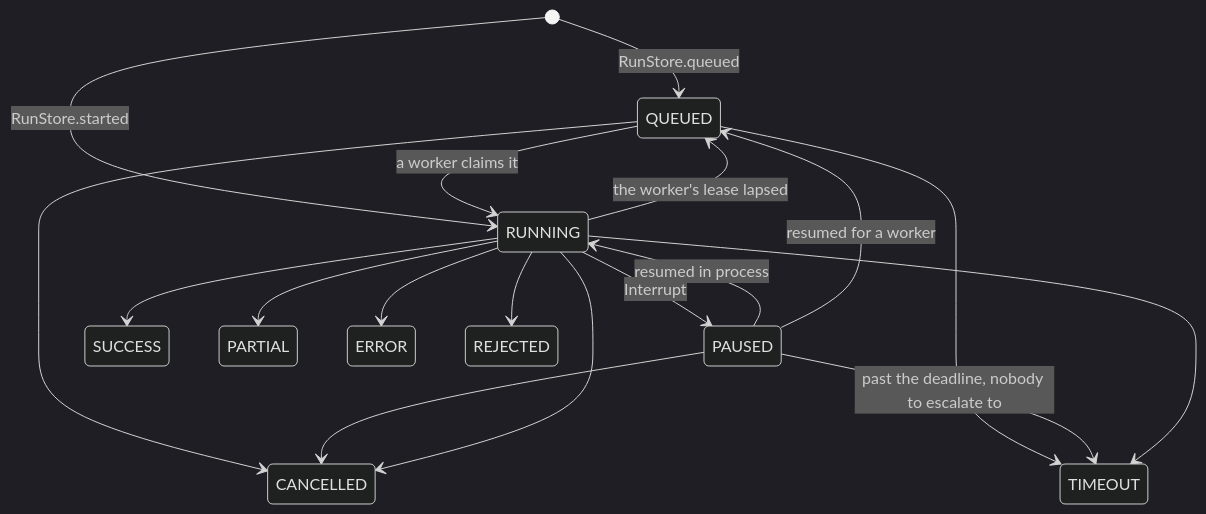
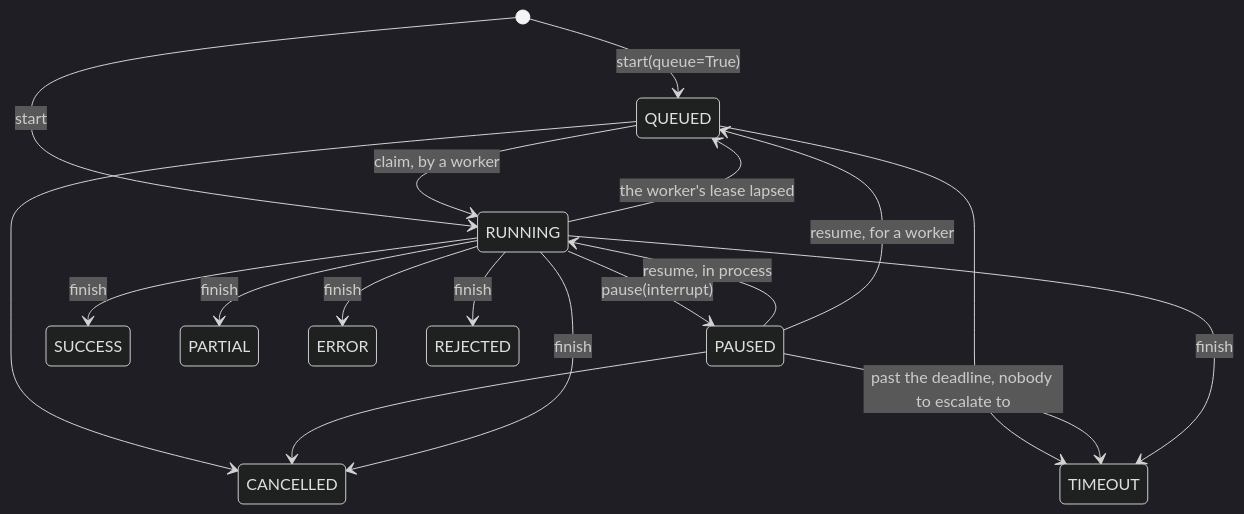
The diagram in README.md (amitmohapatra/agent-contracts), drawn with Mermaid (dark theme) before and after one commit. The commit also changed other lines of this file and 10 other files, not shown here.

First line of the commit message:
Delete the dead RunStore port; runs use trellis.runs verbs (0.5.0) (#4)

````diff
--- a/README.md
+++ b/README.md
@@ -287,20 +291,20 @@
 ```mermaid
 stateDiagram-v2
-  [*] --> QUEUED : RunStore.queued
-  [*] --> RUNNING : RunStore.started
-  QUEUED --> RUNNING : a worker claims it
+  [*] --> QUEUED : start(queue=True)
+  [*] --> RUNNING : start
+  QUEUED --> RUNNING : claim, by a worker
   RUNNING --> QUEUED : the worker's lease lapsed
-  RUNNING --> PAUSED : Interrupt
-  PAUSED --> RUNNING : resumed in process
-  PAUSED --> QUEUED : resumed for a worker
+  RUNNING --> PAUSED : pause(interrupt)
+  PAUSED --> RUNNING : resume, in process
+  PAUSED --> QUEUED : resume, for a worker
   QUEUED --> CANCELLED
   QUEUED --> TIMEOUT
   PAUSED --> CANCELLED
   PAUSED --> TIMEOUT : past the deadline, nobody to escalate to
-  RUNNING --> SUCCESS
-  RUNNING --> PARTIAL
-  RUNNING --> ERROR
-  RUNNING --> REJECTED
-  RUNNING --> CANCELLED
-  RUNNING --> TIMEOUT
+  RUNNING --> SUCCESS : finish
+  RUNNING --> PARTIAL : finish
+  RUNNING --> ERROR : finish
+  RUNNING --> REJECTED : finish
+  RUNNING --> CANCELLED : finish
+  RUNNING --> TIMEOUT : finish
 ```
````
